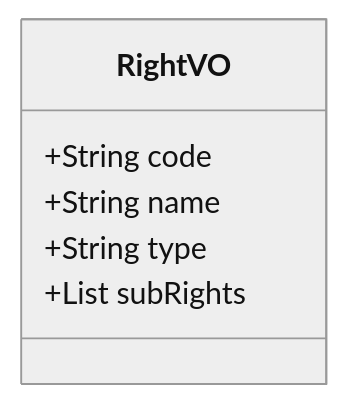
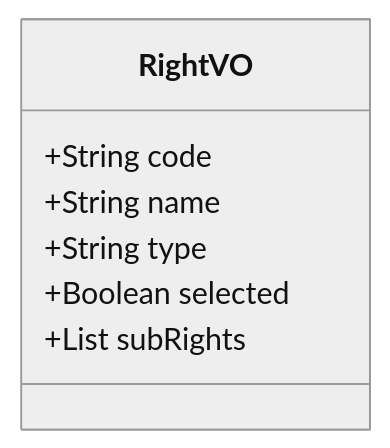
The diagram in 待办事项/权限管理类图.md (yangld/learn), drawn with Mermaid (neutral theme) before and after one commit. The commit also changed other lines of this file and 10 other files, not shown here.

````diff
--- a/待办事项/权限管理类图.md
+++ b/待办事项/权限管理类图.md
@@ -1,9 +2,10 @@
 ```mermaid
 classDiagram
 	class RightVO{
 		+String code
 		+String name
 		+String type
+		+Boolean selected
 		+List<RightVO> subRights
 	}
 ```
````
